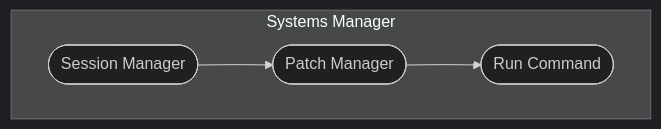
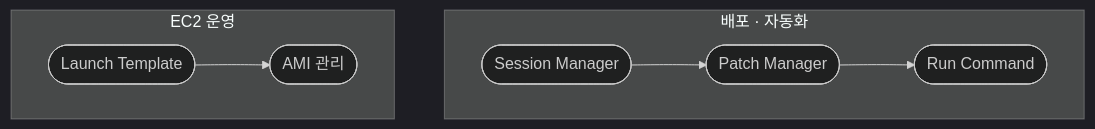
Before and after one commit to gwonmin/QuizNox_front: the third of 6 diagrams in public/handbook/soa/overview.md, drawn with Mermaid (dark theme). The commit also changed other lines of this file and 125 other files, not shown here.

````diff
--- a/public/handbook/soa/overview.md
+++ b/public/handbook/soa/overview.md
@@ -24,9 +89,14 @@
 ```mermaid
 flowchart TB
-  subgraph ss [Systems Manager]
+  subgraph deploy [배포 · 자동화]
     SM([Session Manager])
     PM([Patch Manager])
     RC([Run Command])
   end
+  subgraph ec2op [EC2 운영]
+    LT([Launch Template])
+    AM([AMI 관리])
+  end
   SM --> PM --> RC
+  LT --> AM
 ```
````
